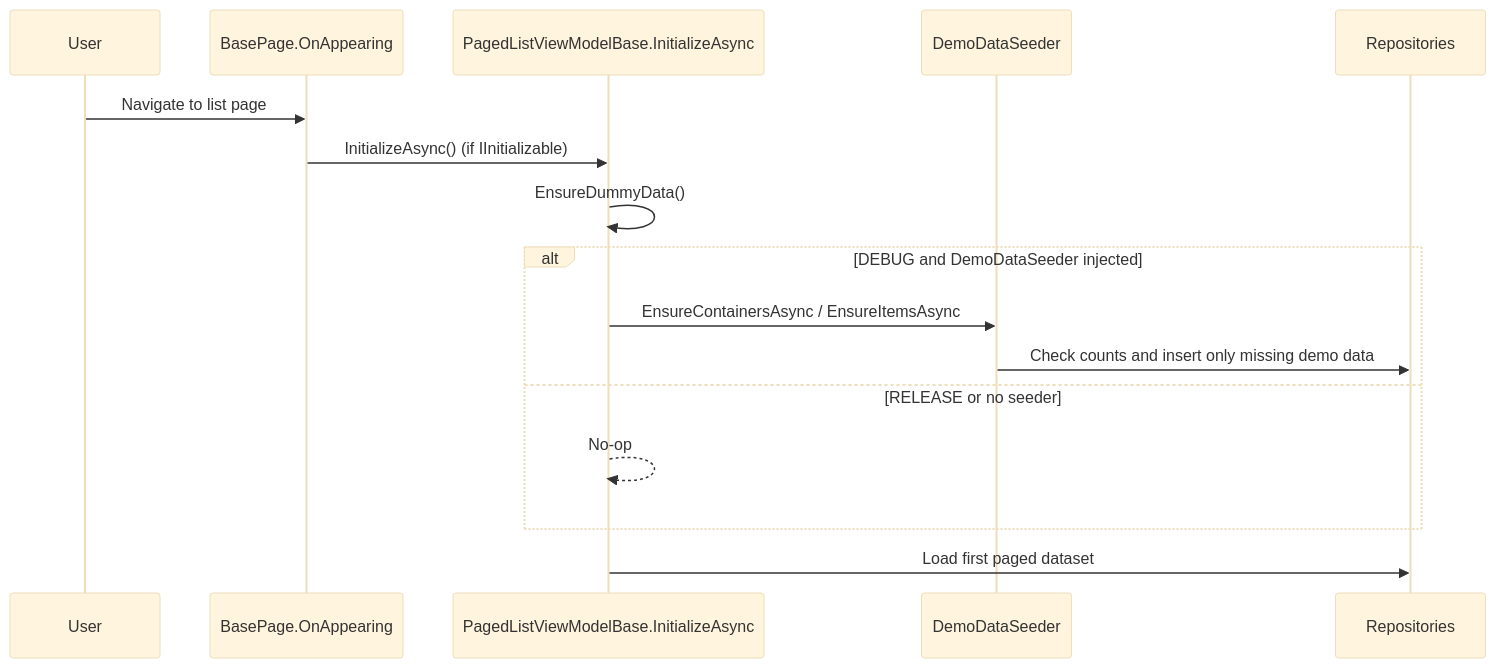
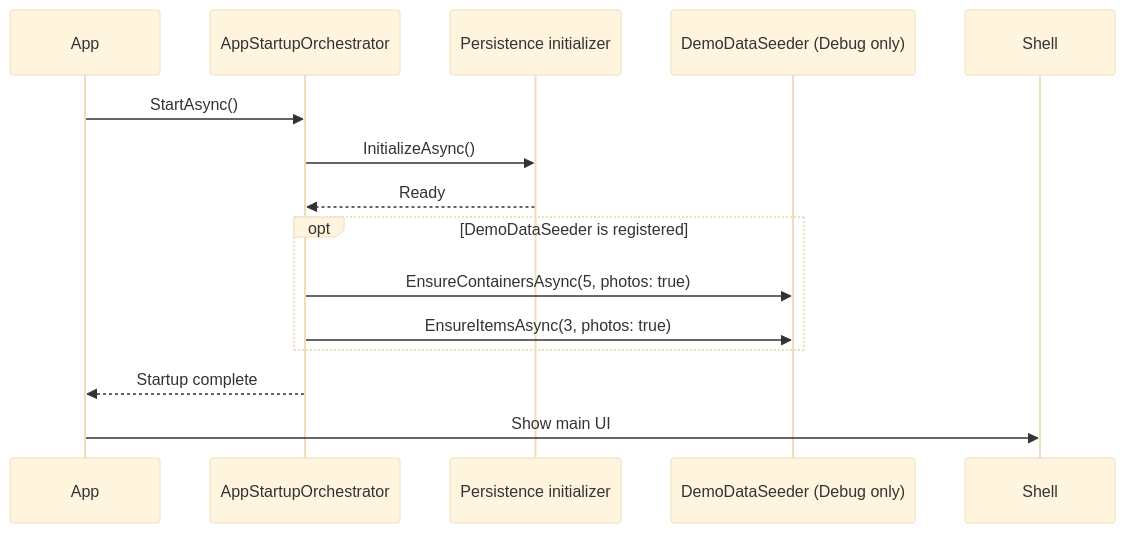
One commit to PRS-M/Mothball changed the diagram in docs/Seeding.md. Above: the diagram before and after it, drawn with Mermaid (base theme). The commit also changed other lines of this file and 2 other files, not shown here.

Commit message:
docs: :memo: update list loading and persistence behavior

````diff
--- a/docs/Seeding.md
+++ b/docs/Seeding.md
@@ -124,19 +53,18 @@
 ```mermaid
 sequenceDiagram
-    participant User
-    participant Page as BasePage.OnAppearing
-    participant VM as PagedListViewModelBase.InitializeAsync
-    participant Seeder as DemoDataSeeder
-    participant Repo as Repositories
+    participant App
+    participant Startup as AppStartupOrchestrator
+    participant Store as Persistence initializer
+    participant Seeder as DemoDataSeeder (Debug only)
+    participant Shell
 
-    User->>Page: Navigate to list page
-    Page->>VM: InitializeAsync() (if IInitializable)
-    VM->>VM: EnsureDummyData()
-    alt DEBUG and DemoDataSeeder injected
-        VM->>Seeder: EnsureContainersAsync / EnsureItemsAsync
-        Seeder->>Repo: Check counts and insert only missing demo data
-    else RELEASE or no seeder
-        VM-->>VM: No-op
+    App->>Startup: StartAsync()
+    Startup->>Store: InitializeAsync()
+    Store-->>Startup: Ready
+    opt DemoDataSeeder is registered
+        Startup->>Seeder: EnsureContainersAsync(5, photos: true)
+        Startup->>Seeder: EnsureItemsAsync(3, photos: true)
     end
-    VM->>Repo: Load first paged dataset
+    Startup-->>App: Startup complete
+    App->>Shell: Show main UI
 ```
````
